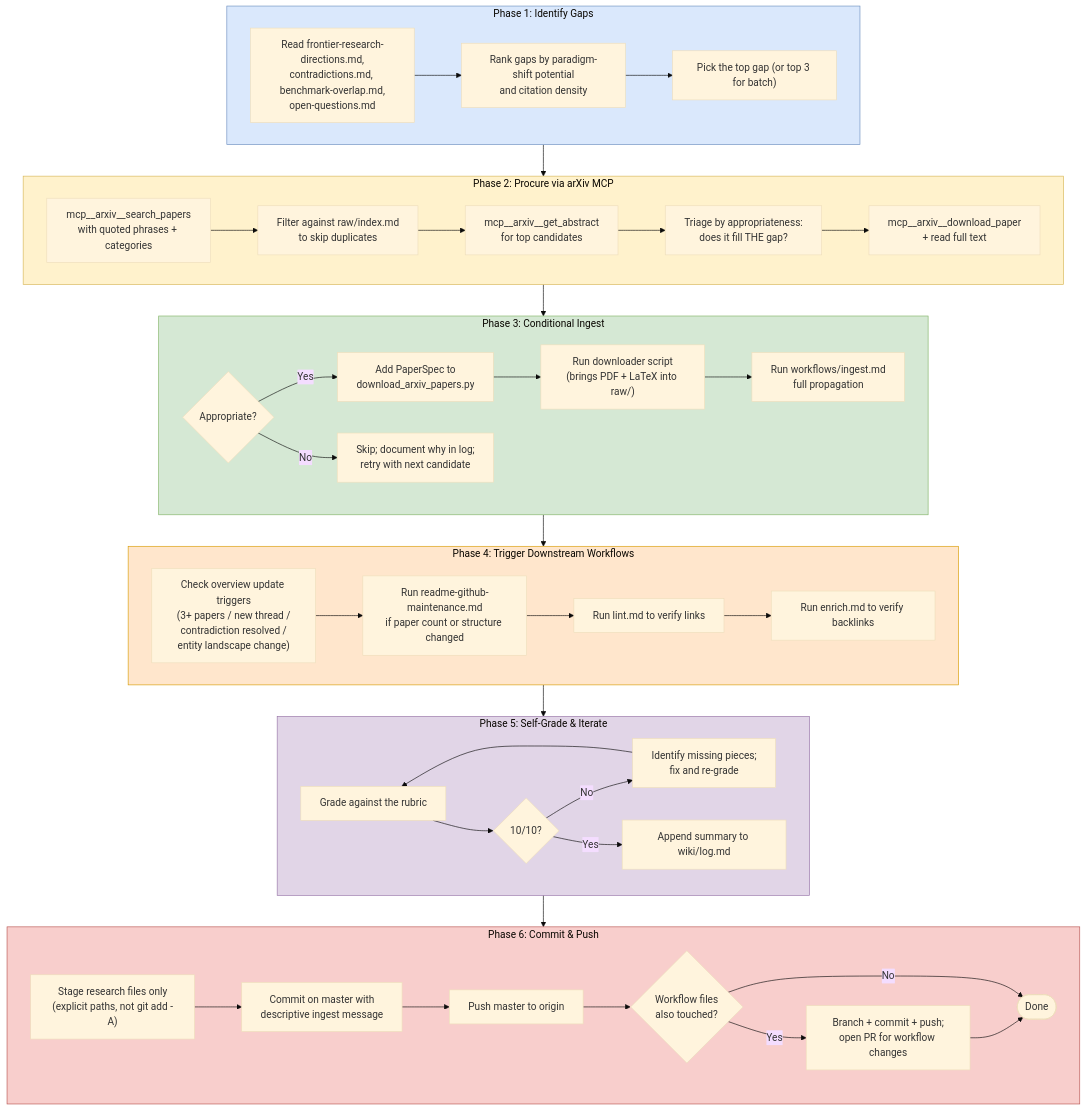
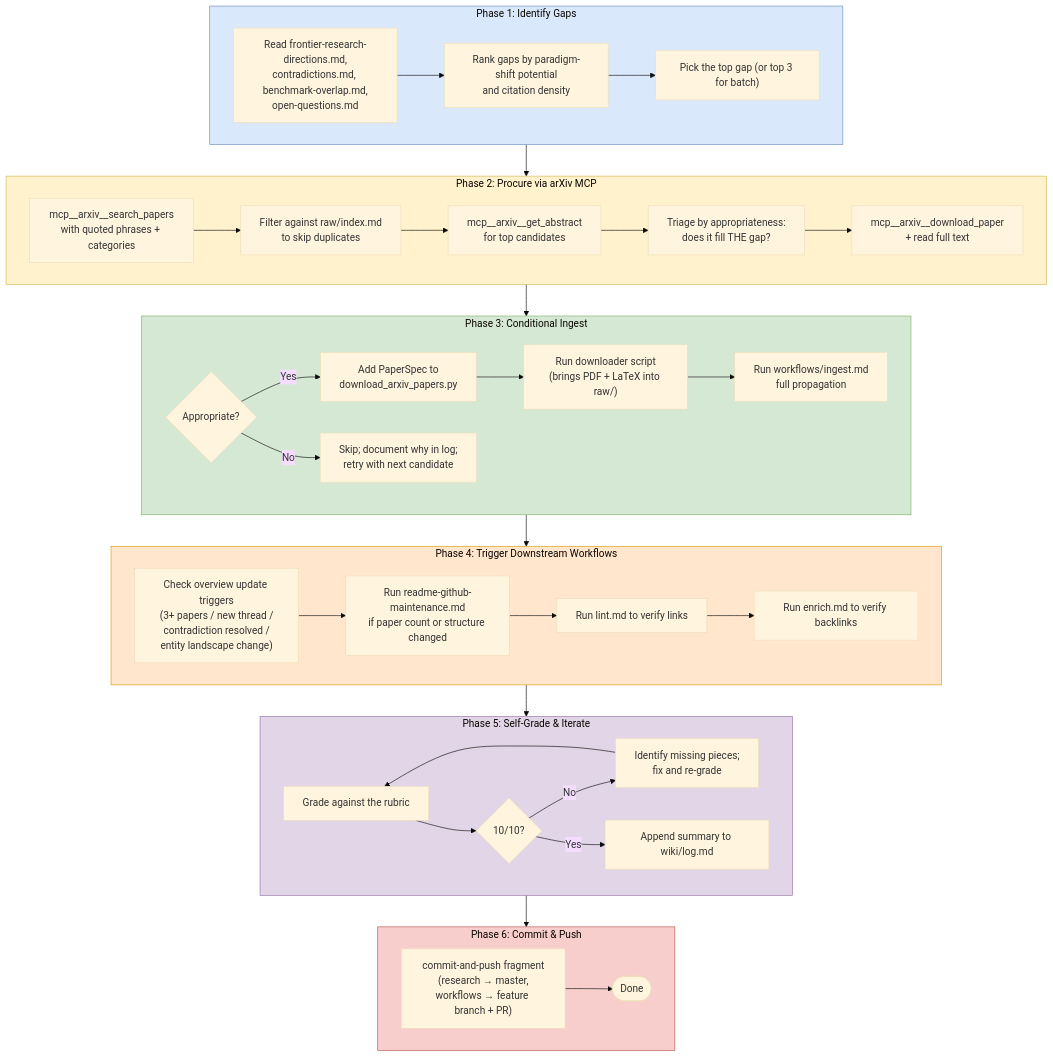
One commit to CompleteTech-LLC-AI-Research/beyond-the-token-bottleneck changed the diagram in workflows/gap-analysis.md. Above: the diagram before and after it, drawn with Mermaid (base theme). The commit also changed other lines of this file and 28 other files, not shown here.

````diff
--- a/workflows/gap-analysis.md
+++ b/workflows/gap-analysis.md
@@ -3,67 +3,60 @@
 ```mermaid
 graph TD
     subgraph P1["Phase 1: Identify Gaps"]
         A1["Read frontier-research-directions.md,<br/>contradictions.md, benchmark-overlap.md,<br/>open-questions.md"]
         A2["Rank gaps by paradigm-shift potential<br/>and citation density"]
         A3["Pick the top gap (or top 3 for batch)"]
         A1 --> A2 --> A3
     end
 
     subgraph P2["Phase 2: Procure via arXiv MCP"]
         B1["mcp__arxiv__search_papers<br/>with quoted phrases + categories"]
         B2["Filter against raw/index.md<br/>to skip duplicates"]
         B3["mcp__arxiv__get_abstract<br/>for top candidates"]
         B4["Triage by appropriateness:<br/>does it fill THE gap?"]
         B5["mcp__arxiv__download_paper<br/>+ read full text"]
         B1 --> B2 --> B3 --> B4 --> B5
     end
 
     subgraph P3["Phase 3: Conditional Ingest"]
         C1{"Appropriate?"}
         C2["Add PaperSpec to<br/>download_arxiv_papers.py"]
         C3["Run downloader script<br/>(brings PDF + LaTeX into raw/)"]
         C4["Run workflows/ingest.md<br/>full propagation"]
         C5["Skip; document why in log;<br/>retry with next candidate"]
         C1 -->|Yes| C2 --> C3 --> C4
         C1 -->|No| C5
     end
 
     subgraph P4["Phase 4: Trigger Downstream Workflows"]
         D1["Check overview update triggers<br/>(3+ papers / new thread /<br/>contradiction resolved /<br/>entity landscape change)"]
         D2["Run readme-github-maintenance.md<br/>if paper count or structure changed"]
         D3["Run lint.md to verify links"]
         D4["Run enrich.md to verify backlinks"]
         D1 --> D2 --> D3 --> D4
     end
 
     subgraph P5["Phase 5: Self-Grade & Iterate"]
         E1["Grade against the rubric"]
         E2{"10/10?"}
         E3["Identify missing pieces;<br/>fix and re-grade"]
         E4["Append summary to wiki/log.md"]
         E1 --> E2
         E2 -->|No| E3 --> E1
         E2 -->|Yes| E4
     end
 
     subgraph P6["Phase 6: Commit & Push"]
-        F1["Stage research files only<br/>(explicit paths, not git add -A)"]
-        F2["Commit on master with<br/>descriptive ingest message"]
-        F3["Push master to origin"]
-        F4{"Workflow files<br/>also touched?"}
-        F5["Branch + commit + push;<br/>open PR for workflow changes"]
-        F1 --> F2 --> F3 --> F4
-        F4 -->|Yes| F5
-        F4 -->|No| Done([Done])
-        F5 --> Done
+        F1["commit-and-push fragment<br/>(research → master,<br/>workflows → feature branch + PR)"]
+        F1 --> Done([Done])
     end
 
     P1 --> P2 --> P3 --> P4 --> P5 --> P6
 
     style P1 fill:#dae8fc,stroke:#6c8ebf
     style P2 fill:#fff2cc,stroke:#d6b656
     style P3 fill:#d5e8d4,stroke:#82b366
     style P4 fill:#ffe6cc,stroke:#d79b00
     style P5 fill:#e1d5e7,stroke:#9673a6
     style P6 fill:#f8cecc,stroke:#b85450
 ```
````
